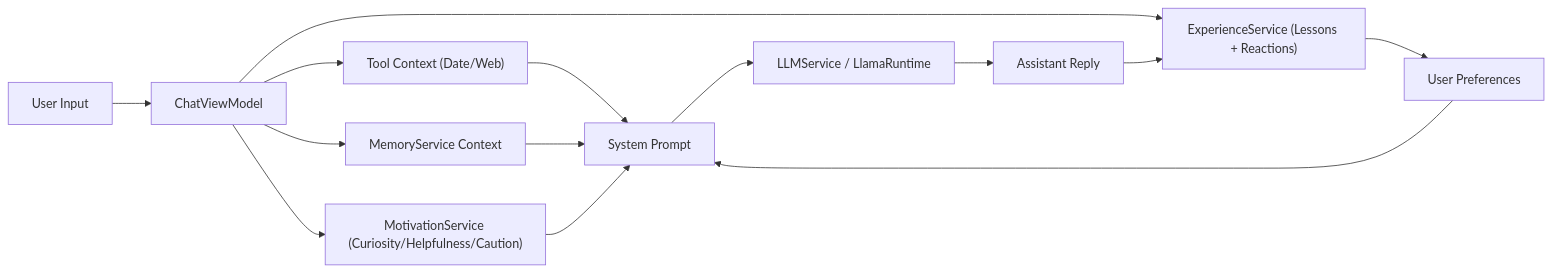
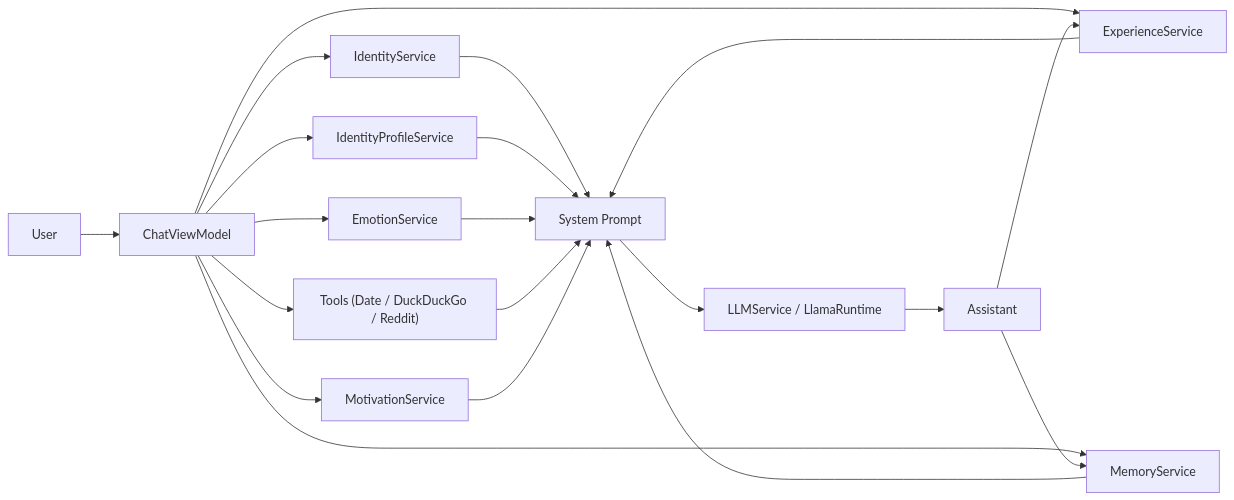
The diagram in README.md (0penAGI/VALIS), drawn with Mermaid before and after one commit. The commit also changed other lines of this file and 15 other files, not shown here.

````diff
--- a/README.md
+++ b/README.md
@@ -23,16 +51,22 @@
 ```mermaid
 flowchart LR
-    U["User Input"] --> CVM["ChatViewModel"]
-    CVM --> TOOL["Tool Context (Date/Web)"]
-    CVM --> MEM["MemoryService Context"]
-    CVM --> EXP["ExperienceService (Lessons + Reactions)"]
-    EXP --> PREF["User Preferences"]
-    CVM --> MOT["MotivationService (Curiosity/Helpfulness/Caution)"]
-    TOOL --> SYS["System Prompt"]
-    MEM --> SYS
-    PREF --> SYS
-    MOT --> SYS
-    SYS --> LLM["LLMService / LlamaRuntime"]
-    LLM --> OUT["Assistant Reply"]
-    OUT --> EXP
+  U["User"] --> CVM["ChatViewModel"]
+  CVM --> ID["IdentityService"]
+  CVM --> IDP["IdentityProfileService"]
+  CVM --> AFF["EmotionService"]
+  CVM --> TOOLS["Tools (Date / DuckDuckGo / Reddit)"]
+  CVM --> EXP["ExperienceService"]
+  CVM --> MOT["MotivationService"]
+  CVM --> MEM["MemoryService"]
+  ID --> SYS["System Prompt"]
+  IDP --> SYS
+  AFF --> SYS
+  TOOLS --> SYS
+  EXP --> SYS
+  MOT --> SYS
+  MEM --> SYS
+  SYS --> LLM["LLMService / LlamaRuntime"]
+  LLM --> OUT["Assistant"]
+  OUT --> EXP
+  OUT --> MEM
 ```
````
